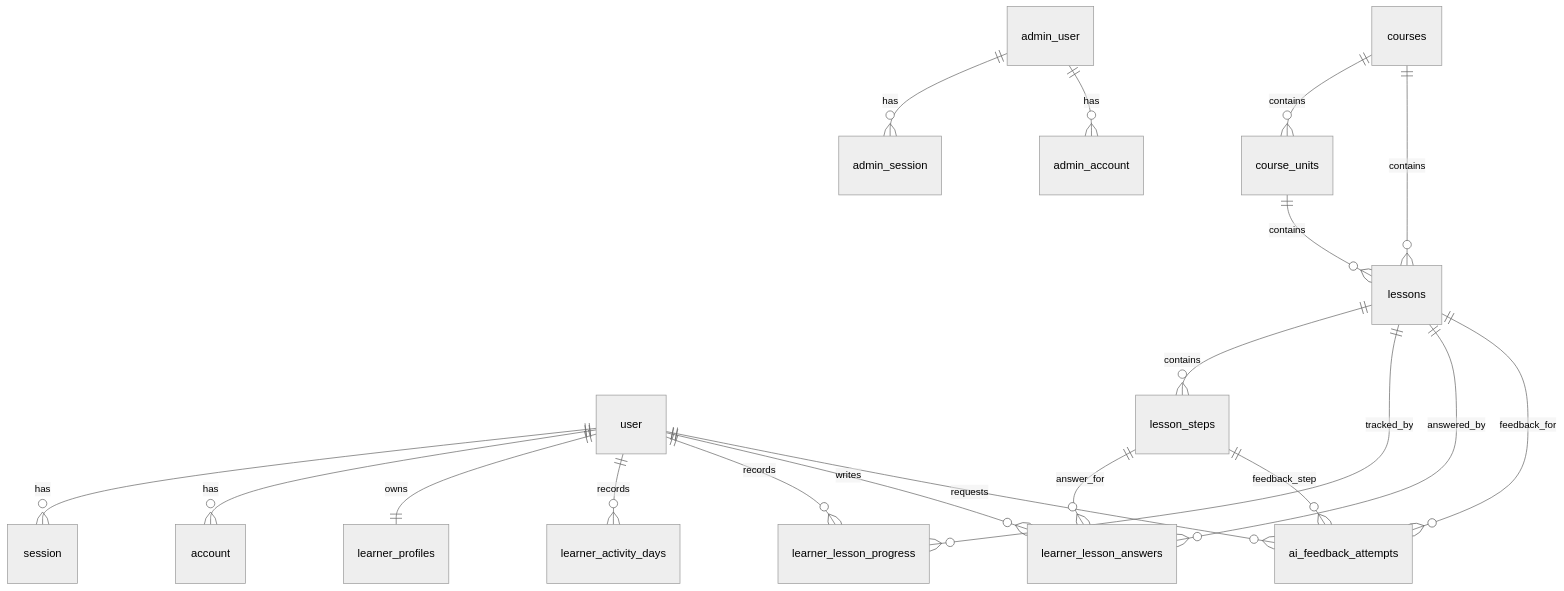
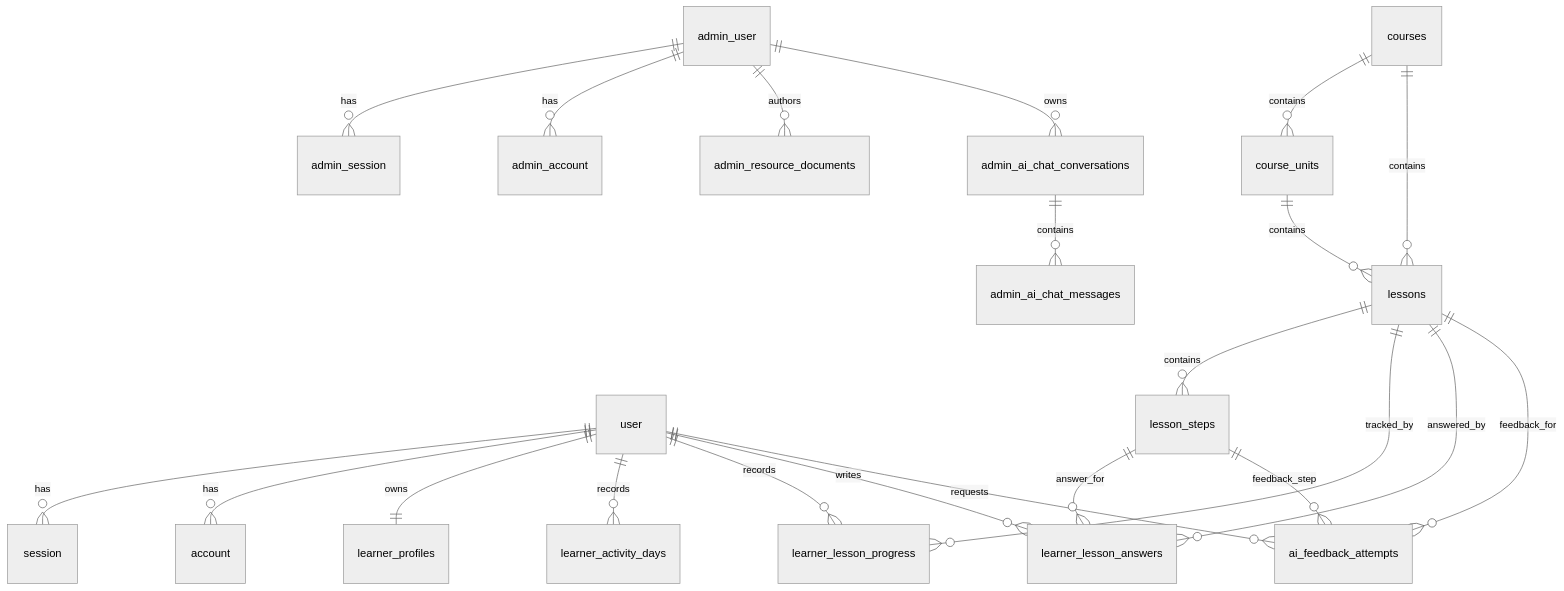
One commit to qaws7791/writing-app changed the first of 4 diagrams in docs/engineering/data-model.md. Above: the diagram before and after it, drawn with Mermaid (neutral theme). The commit also changed other lines of this file and 3 other files, not shown here.

````diff
--- a/docs/engineering/data-model.md
+++ b/docs/engineering/data-model.md
@@ -25,23 +25,26 @@
 ```mermaid
 erDiagram
   user ||--o{ session : has
   user ||--o{ account : has
   user ||--|| learner_profiles : owns
   user ||--o{ learner_activity_days : records
   user ||--o{ learner_lesson_progress : records
   user ||--o{ learner_lesson_answers : writes
   user ||--o{ ai_feedback_attempts : requests
 
   admin_user ||--o{ admin_session : has
   admin_user ||--o{ admin_account : has
+  admin_user ||--o{ admin_resource_documents : authors
+  admin_user ||--o{ admin_ai_chat_conversations : owns
 
   courses ||--o{ course_units : contains
   courses ||--o{ lessons : contains
   course_units ||--o{ lessons : contains
   lessons ||--o{ lesson_steps : contains
   lessons ||--o{ learner_lesson_progress : tracked_by
   lessons ||--o{ learner_lesson_answers : answered_by
   lessons ||--o{ ai_feedback_attempts : feedback_for
   lesson_steps ||--o{ learner_lesson_answers : answer_for
   lesson_steps ||--o{ ai_feedback_attempts : feedback_step
+  admin_ai_chat_conversations ||--o{ admin_ai_chat_messages : contains
 ```
````
